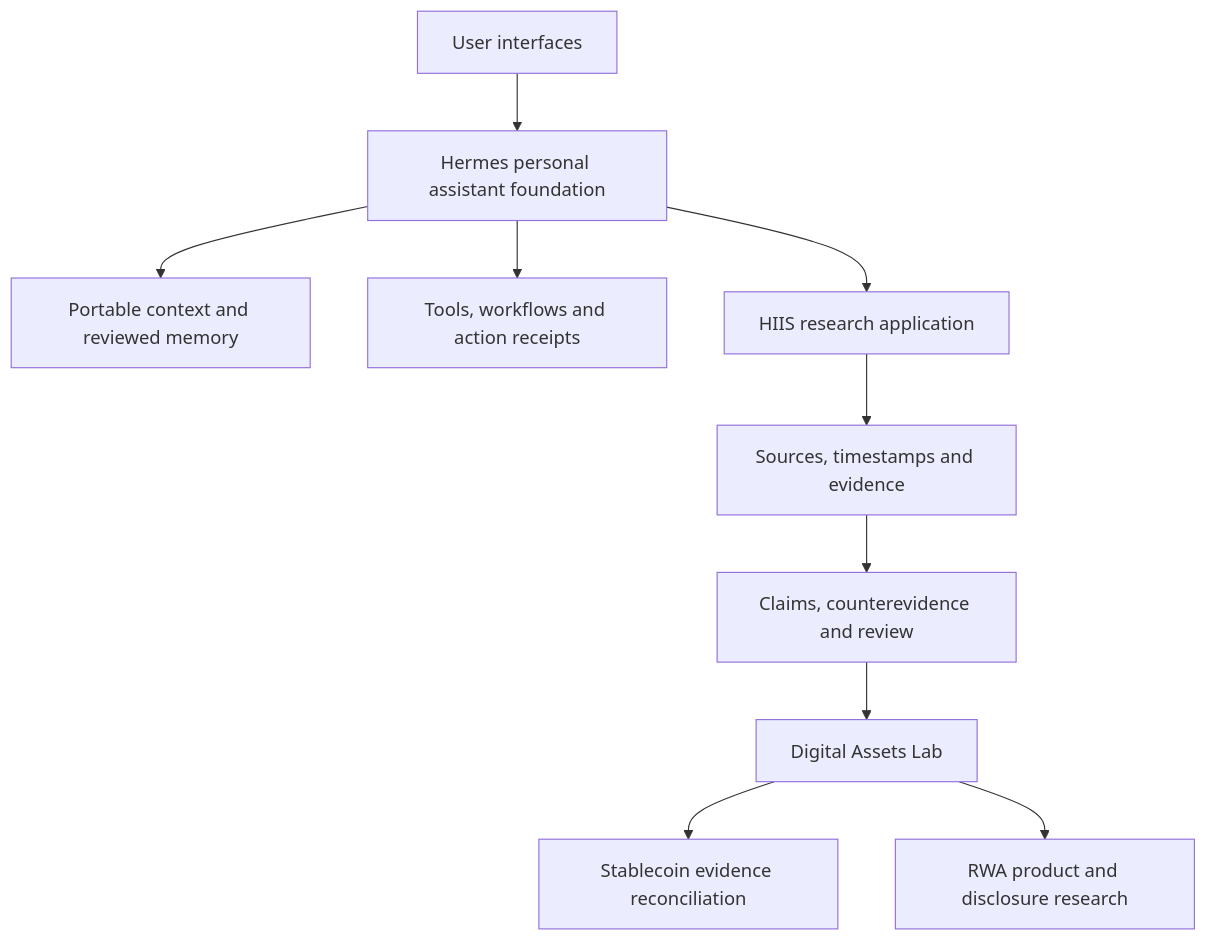
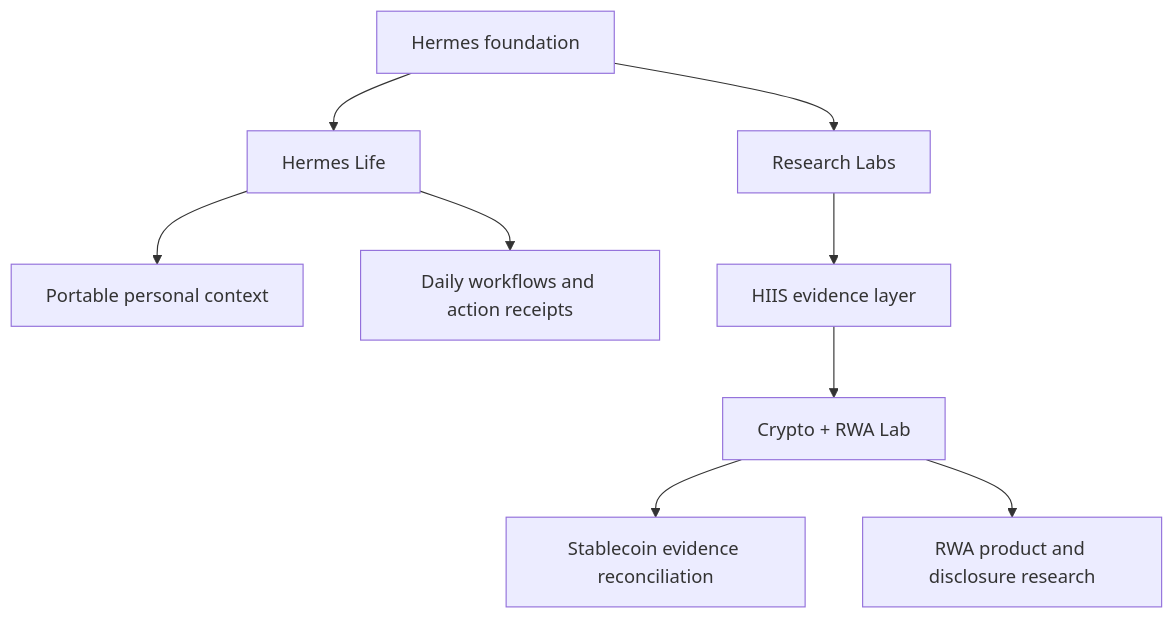
The diagram in docs/project-map.md (Wenyeezy/hermes-personal-assistant-template), drawn with Mermaid before and after one commit. The commit also changed other lines of this file and 6 other files, not shown here.

Commit message:
docs: make Hermes Life the primary product

````diff
--- a/docs/project-map.md
+++ b/docs/project-map.md
@@ -22,12 +22,11 @@
 ```mermaid
 flowchart TD
-    UI[User interfaces] --> H[Hermes personal assistant foundation]
-    H --> M[Portable context and reviewed memory]
-    H --> W[Tools, workflows and action receipts]
-    H --> I[HIIS research application]
-    I --> E[Sources, timestamps and evidence]
-    E --> R[Claims, counterevidence and review]
-    R --> D[Digital Assets Lab]
-    D --> S[Stablecoin evidence reconciliation]
-    D --> A[RWA product and disclosure research]
+    H[Hermes foundation] --> L[Hermes Life]
+    H --> R[Research Labs]
+    L --> M[Portable personal context]
+    L --> W[Daily workflows and action receipts]
+    R --> I[HIIS evidence layer]
+    I --> C[Crypto + RWA Lab]
+    C --> S[Stablecoin evidence reconciliation]
+    C --> A[RWA product and disclosure research]
 ```
````
